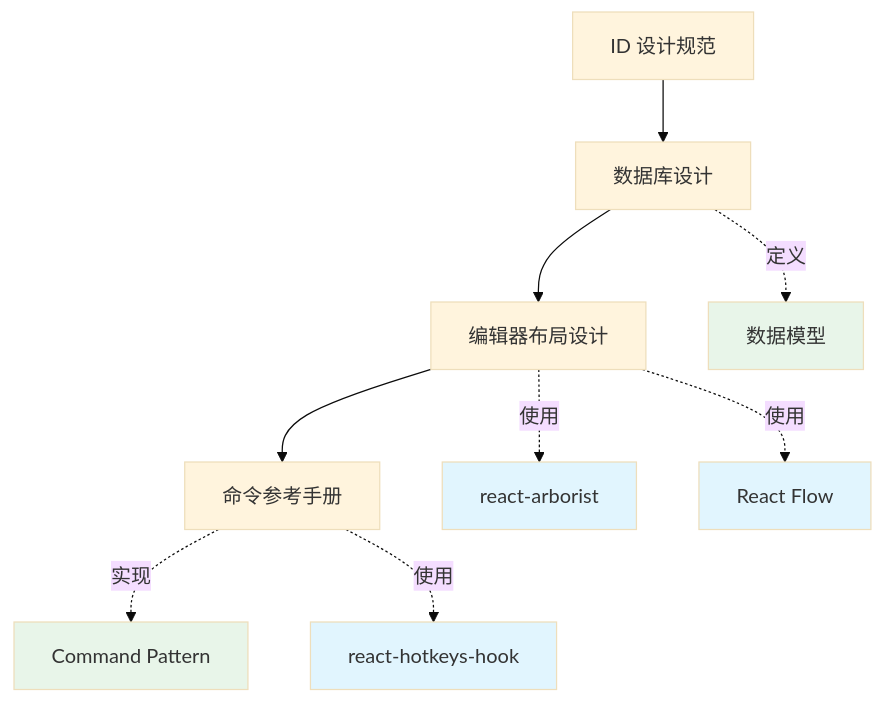
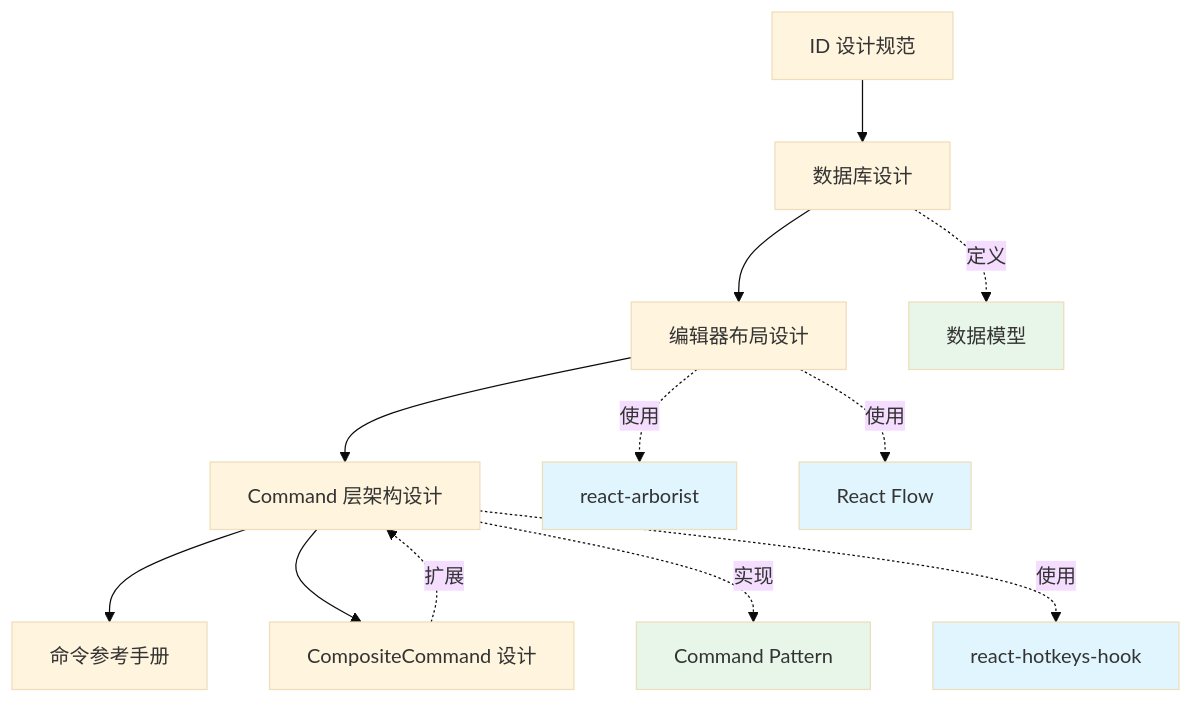
The diagram in docs/design/INDEX.md (colin-han/spider-mind-v2), drawn with Mermaid (base theme) before and after one commit. The commit also changed other lines of this file and 30 other files, not shown here.

````diff
--- a/docs/design/INDEX.md
+++ b/docs/design/INDEX.md
@@ -56,18 +71,21 @@
 ```mermaid
 graph TD
     A[ID 设计规范] --> B[数据库设计]
     B --> C[编辑器布局设计]
-    C --> D[命令参考手册]
+    C --> D[Command 层架构设计]
+    D --> E[命令参考手册]
+    D --> F[CompositeCommand 设计]
 
-    B -.->|定义| E[数据模型]
-    C -.->|使用| F[react-arborist]
-    C -.->|使用| G[React Flow]
-    D -.->|实现| H[Command Pattern]
-    D -.->|使用| I[react-hotkeys-hook]
+    B -.->|定义| G[数据模型]
+    C -.->|使用| H[react-arborist]
+    C -.->|使用| I[React Flow]
+    D -.->|实现| J[Command Pattern]
+    D -.->|使用| K[react-hotkeys-hook]
+    F -.->|扩展| D
 
-    style E fill:#e8f5e9
-    style F fill:#e1f5fe
-    style G fill:#e1f5fe
-    style H fill:#e8f5e9
+    style G fill:#e8f5e9
+    style H fill:#e1f5fe
     style I fill:#e1f5fe
+    style J fill:#e8f5e9
+    style K fill:#e1f5fe
 ```
````
